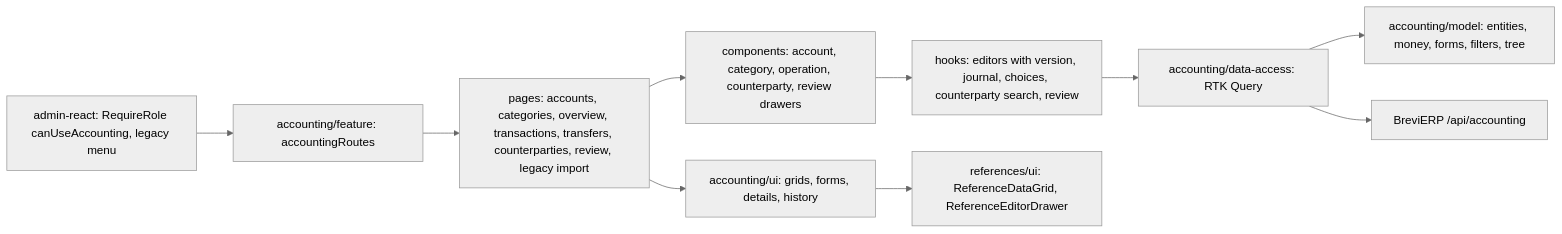
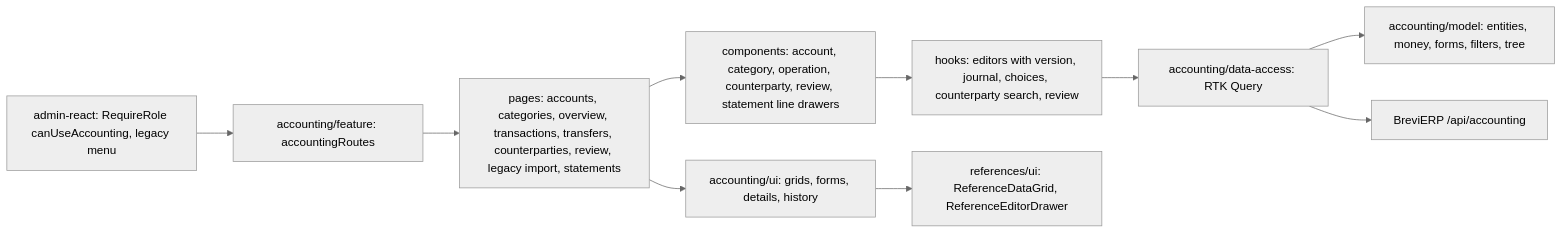
The diagram in docs/features/admin/accounting.md (Weretik/brevi-web), drawn with Mermaid (neutral theme) before and after one commit. The commit also changed other lines of this file and 34 other files, not shown here.

First line of the commit message:
feat(admin-accounting): «Виписки банку» — PrivatBank statement import (stage 6)

````diff
--- a/docs/features/admin/accounting.md
+++ b/docs/features/admin/accounting.md
@@ -45,12 +49,12 @@
 ```mermaid
 flowchart LR
   App["admin-react: RequireRole canUseAccounting, legacy menu"] --> Routes["accounting/feature: accountingRoutes"]
-  Routes --> Pages["pages: accounts, categories, overview, transactions, transfers, counterparties, review, legacy import"]
-  Pages --> Drawers["components: account, category, operation, counterparty, review drawers"]
+  Routes --> Pages["pages: accounts, categories, overview, transactions, transfers, counterparties, review, legacy import, statements"]
+  Pages --> Drawers["components: account, category, operation, counterparty, review, statement line drawers"]
   Drawers --> Hooks["hooks: editors with version, journal, choices, counterparty search, review"]
   Pages --> UI["accounting/ui: grids, forms, details, history"]
   UI --> RefUI["references/ui: ReferenceDataGrid, ReferenceEditorDrawer"]
   Hooks --> DataAccess["accounting/data-access: RTK Query"]
   DataAccess --> Model["accounting/model: entities, money, forms, filters, tree"]
   DataAccess --> API["BreviERP /api/accounting"]
 ```
````
